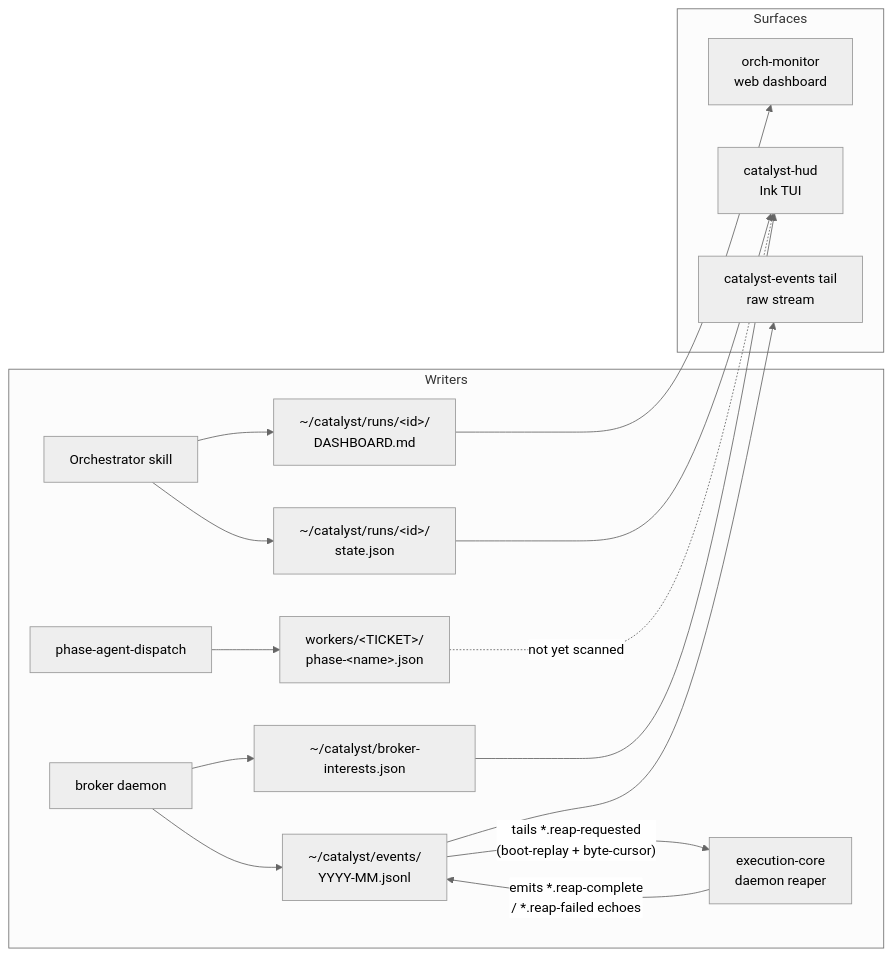
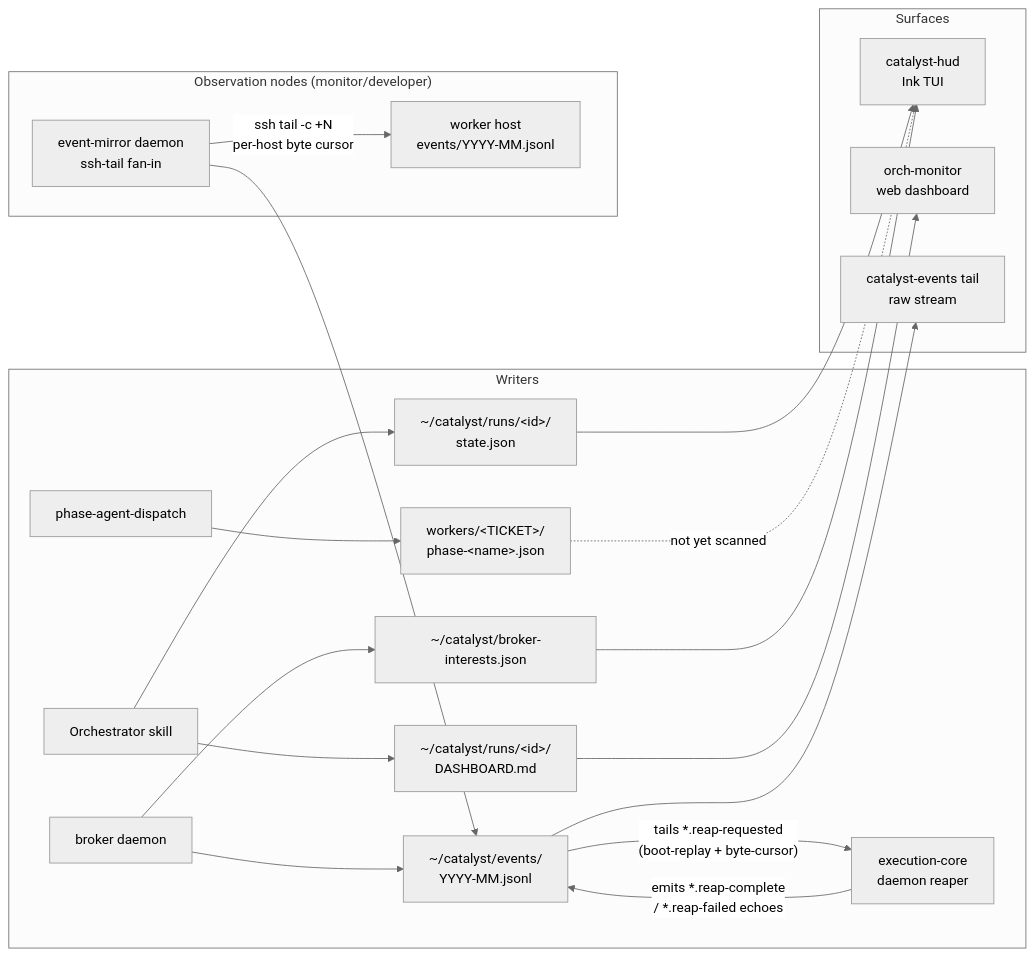
Before and after one commit to coalesce-labs/catalyst: the second of 2 diagrams in docs/architecture.md, drawn with Mermaid (neutral theme). The commit also changed other lines of this file and 2 other files, not shown here.

````diff
--- a/docs/architecture.md
+++ b/docs/architecture.md
@@ -500,22 +502,26 @@
 ```mermaid
 flowchart LR
   subgraph Writers
     OS[Orchestrator skill] --> DM[~/catalyst/runs/&lt;id&gt;/<br/>DASHBOARD.md]
     OS --> SJ[~/catalyst/runs/&lt;id&gt;/<br/>state.json]
     PAD[phase-agent-dispatch] --> PSF[workers/&lt;TICKET&gt;/<br/>phase-&lt;name&gt;.json]
     BROKER[broker daemon] --> BI[~/catalyst/broker-interests.json]
     BROKER --> EL[~/catalyst/events/<br/>YYYY-MM.jsonl]
     REAPER[execution-core<br/>daemon reaper] -- "emits *.reap-complete<br/>/ *.reap-failed echoes" --> EL
   end
   subgraph Surfaces
     HUD[catalyst-hud<br/>Ink TUI]
     OM[orch-monitor<br/>web dashboard]
     CE[catalyst-events tail<br/>raw stream]
   end
+  subgraph ObservationNodes["Observation nodes (monitor/developer)"]
+    EM[event-mirror daemon<br/>ssh-tail fan-in] -- "ssh tail -c +N<br/>per-host byte cursor" --> REMOTE_EL[worker host<br/>events/YYYY-MM.jsonl]
+    EM --> EL
+  end
   SJ --> HUD
   PSF -.not yet scanned.-> HUD
   BI --> HUD
   DM --> OM
   EL --> CE
   EL -- "tails *.reap-requested<br/>(boot-replay + byte-cursor)" --> REAPER
 ```
````
